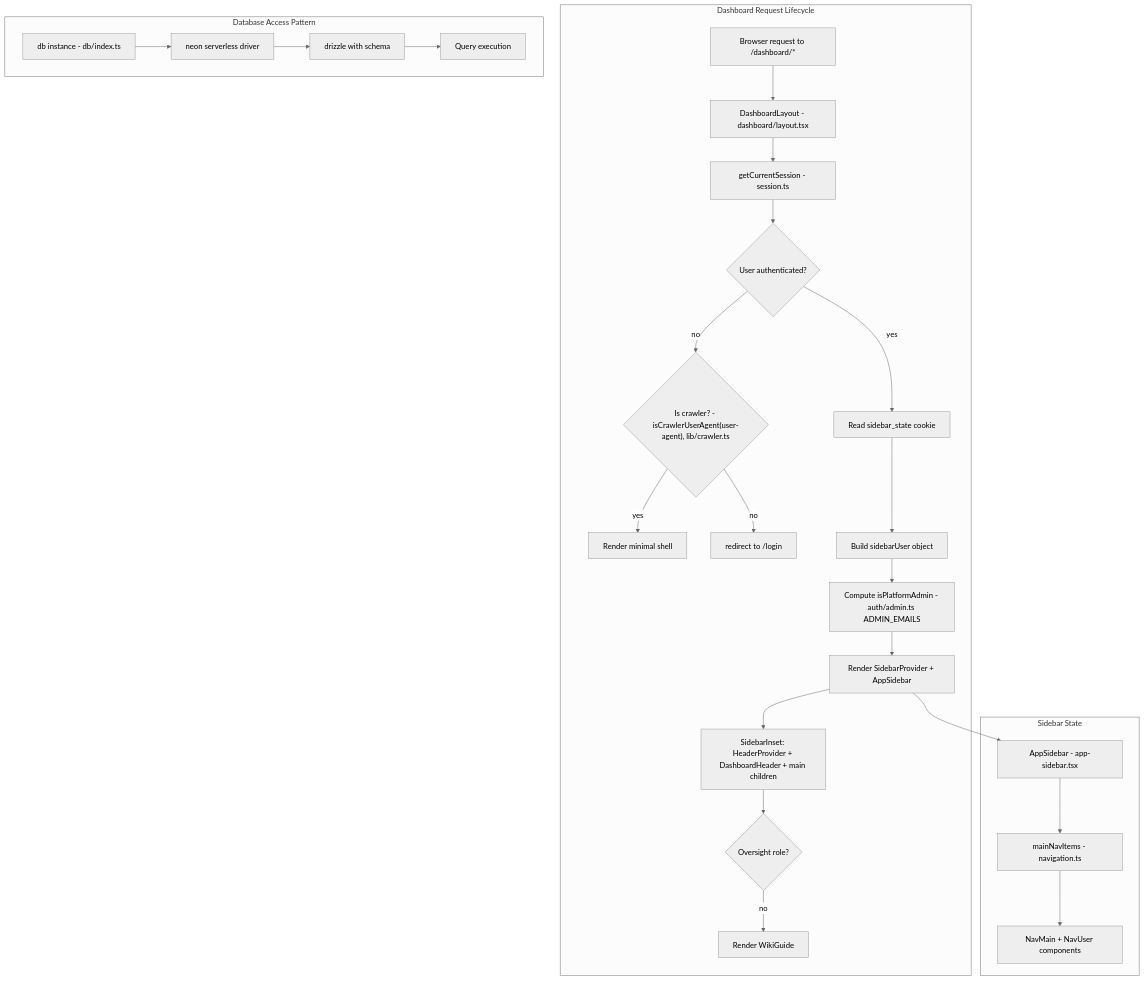
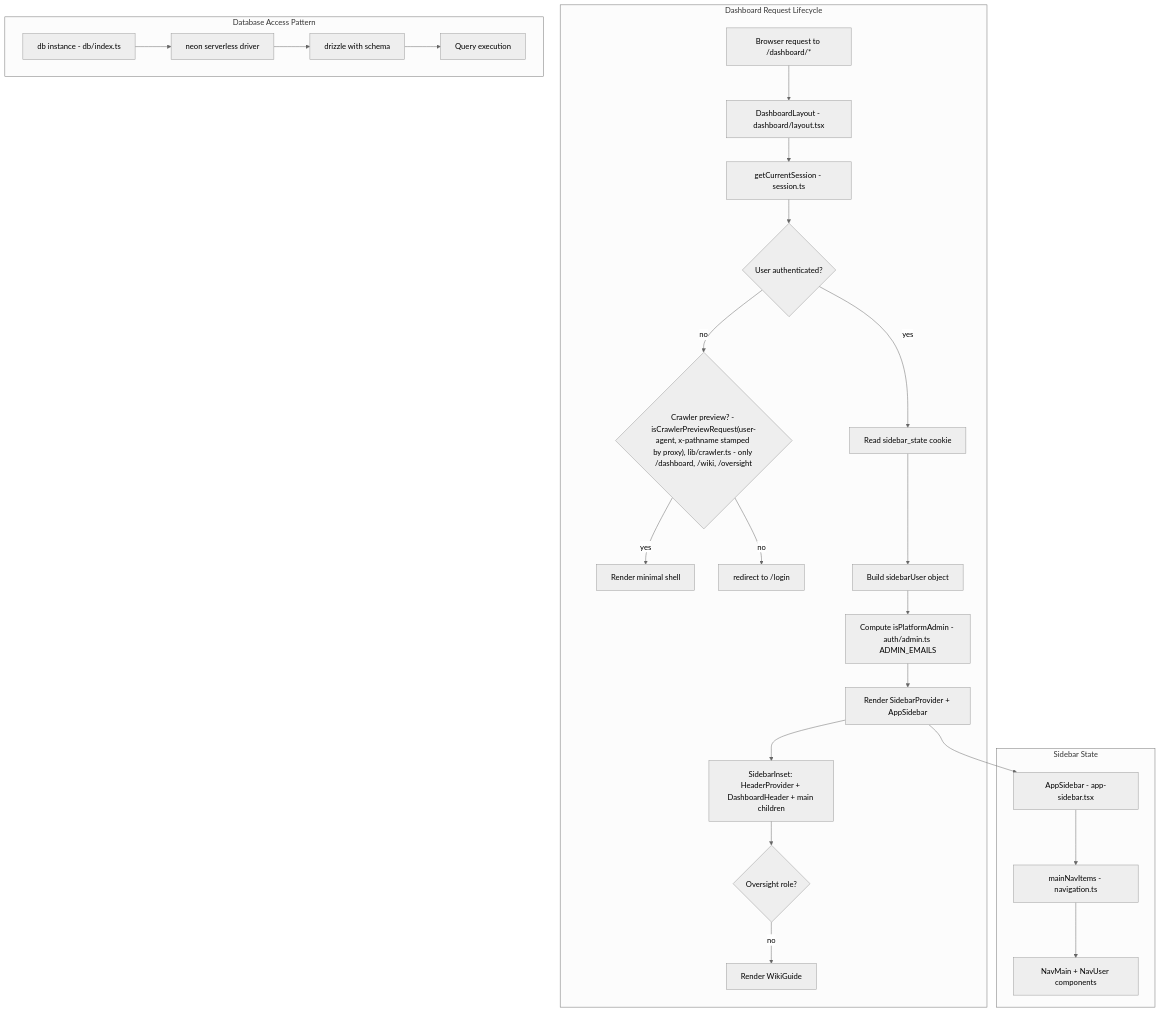
The diagram in memory/flows/request-lifecycle.mmd (SebastianGarces/everyfield_v2), drawn with Mermaid before and after one commit. The commit also changed 6 other files, not shown here.

```diff
--- a/memory/flows/request-lifecycle.mmd
+++ b/memory/flows/request-lifecycle.mmd
@@ -1,44 +1,44 @@
 %%{init: {'theme': 'neutral'}}%%
 flowchart TD
     subgraph request [Dashboard Request Lifecycle]
         REQ1[Browser request to /dashboard/*]
         REQ2["DashboardLayout - dashboard/layout.tsx"]
         REQ3["getCurrentSession - session.ts"]
         REQ4{User authenticated?}
-        REQ5{"Is crawler? - isCrawlerUserAgent(user-agent), lib/crawler.ts"}
+        REQ5{"Crawler preview? - isCrawlerPreviewRequest(user-agent, x-pathname stamped by proxy), lib/crawler.ts - only /dashboard, /wiki, /oversight"}
         REQ6[Render minimal shell]
         REQ7[redirect to /login]
         REQ8[Read sidebar_state cookie]
         REQ9[Build sidebarUser object]
         REQ9b["Compute isPlatformAdmin - auth/admin.ts ADMIN_EMAILS"]
         REQ10[Render SidebarProvider + AppSidebar]
         REQ11[SidebarInset: HeaderProvider + DashboardHeader + main children]
         REQ12{Oversight role?}
         REQ13[Render WikiGuide]
 
         REQ1 --> REQ2 --> REQ3 --> REQ4
         REQ4 -->|no| REQ5
         REQ5 -->|yes| REQ6
         REQ5 -->|no| REQ7
         REQ4 -->|yes| REQ8 --> REQ9 --> REQ9b --> REQ10 --> REQ11 --> REQ12
         REQ12 -->|no| REQ13
     end
 
     subgraph db [Database Access Pattern]
         DB1["db instance - db/index.ts"]
         DB2["neon serverless driver"]
         DB3["drizzle with schema"]
         DB4[Query execution]
         
         DB1 --> DB2 --> DB3 --> DB4
     end
 
     subgraph sidebar [Sidebar State]
         SB1["AppSidebar - app-sidebar.tsx"]
         SB2["mainNavItems - navigation.ts"]
         SB3["NavMain + NavUser components"]
         
         SB1 --> SB2 --> SB3
     end
 
     REQ10 --> SB1
```
